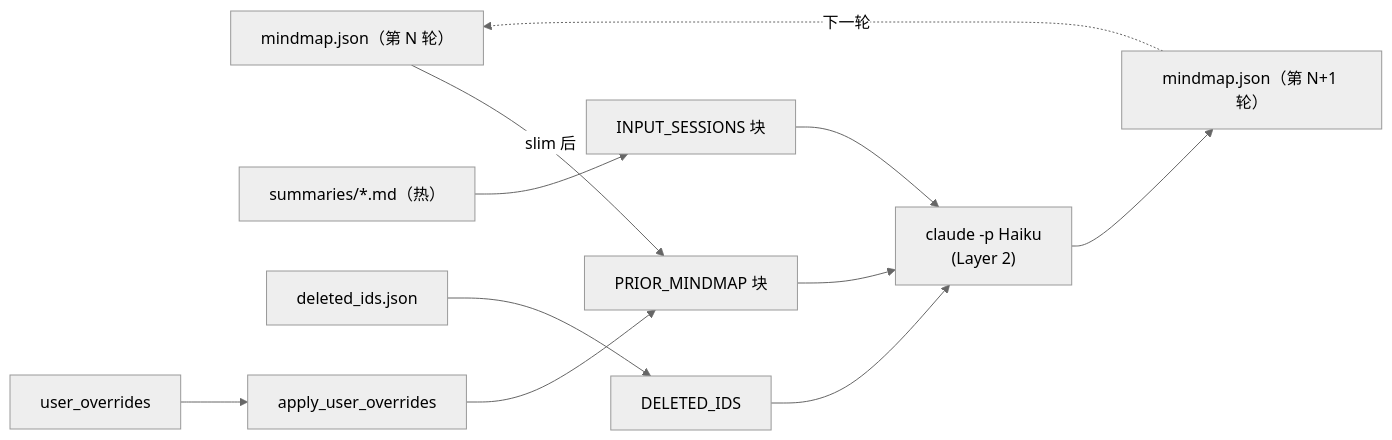
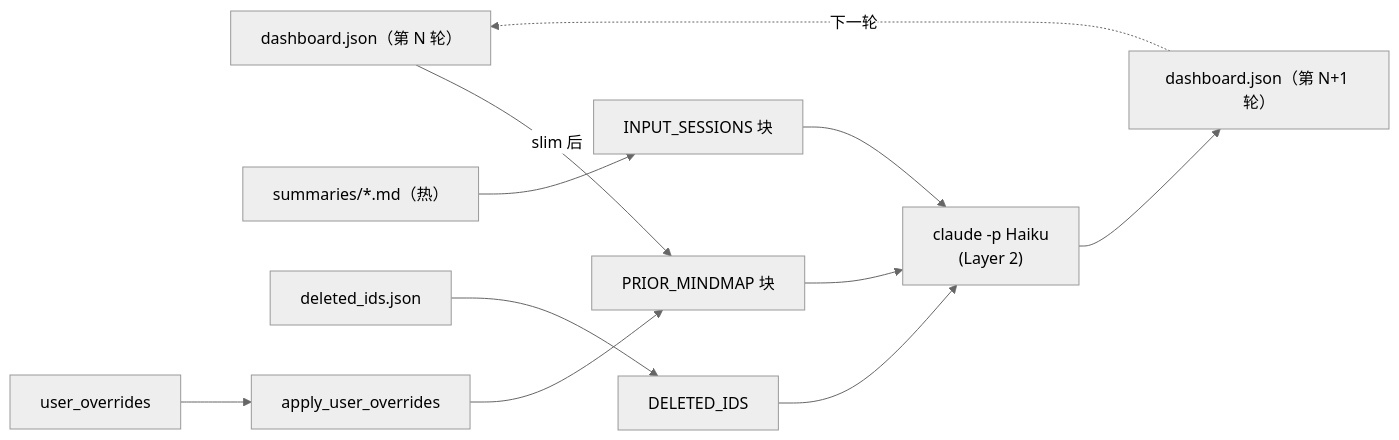
Before and after one commit to Icesource/claude-stray: the seventh of 8 diagrams in docs/zh-CN/ARCHITECTURE.md, drawn with Mermaid (neutral theme). The commit also changed other lines of this file and 24 other files, not shown here.

First line of the commit message:
docs: 全仓文档去陈旧——mindmap-- → stray--、mindmap.json/.html → dashboard.*,ARCHITECTURE/TROUBLESHOOTING 更新

````diff
--- a/docs/zh-CN/ARCHITECTURE.md
+++ b/docs/zh-CN/ARCHITECTURE.md
@@ -487,11 +491,11 @@
 ```mermaid
 flowchart LR
-    A["mindmap.json（第 N 轮）"] -->|slim 后| B["PRIOR_MINDMAP 块"]
+    A["dashboard.json（第 N 轮）"] -->|slim 后| B["PRIOR_MINDMAP 块"]
     C["summaries/*.md（热）"] --> D["INPUT_SESSIONS 块"]
     E["deleted_ids.json"] --> F["DELETED_IDS"]
     O["user_overrides"] --> Merge["apply_user_overrides"]
     Merge --> B
     B & D & F --> G["claude -p Haiku<br/>(Layer 2)"]
-    G --> H["mindmap.json（第 N+1 轮）"]
+    G --> H["dashboard.json（第 N+1 轮）"]
     H -.->|下一轮| A
 ```
````
